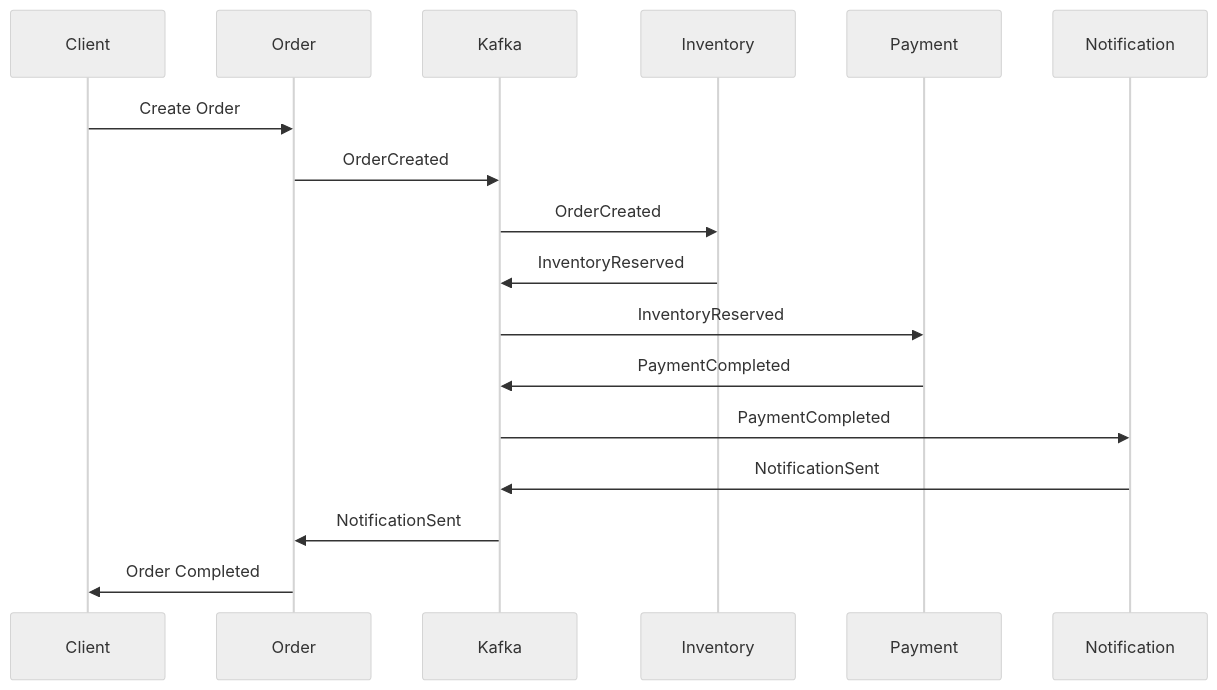
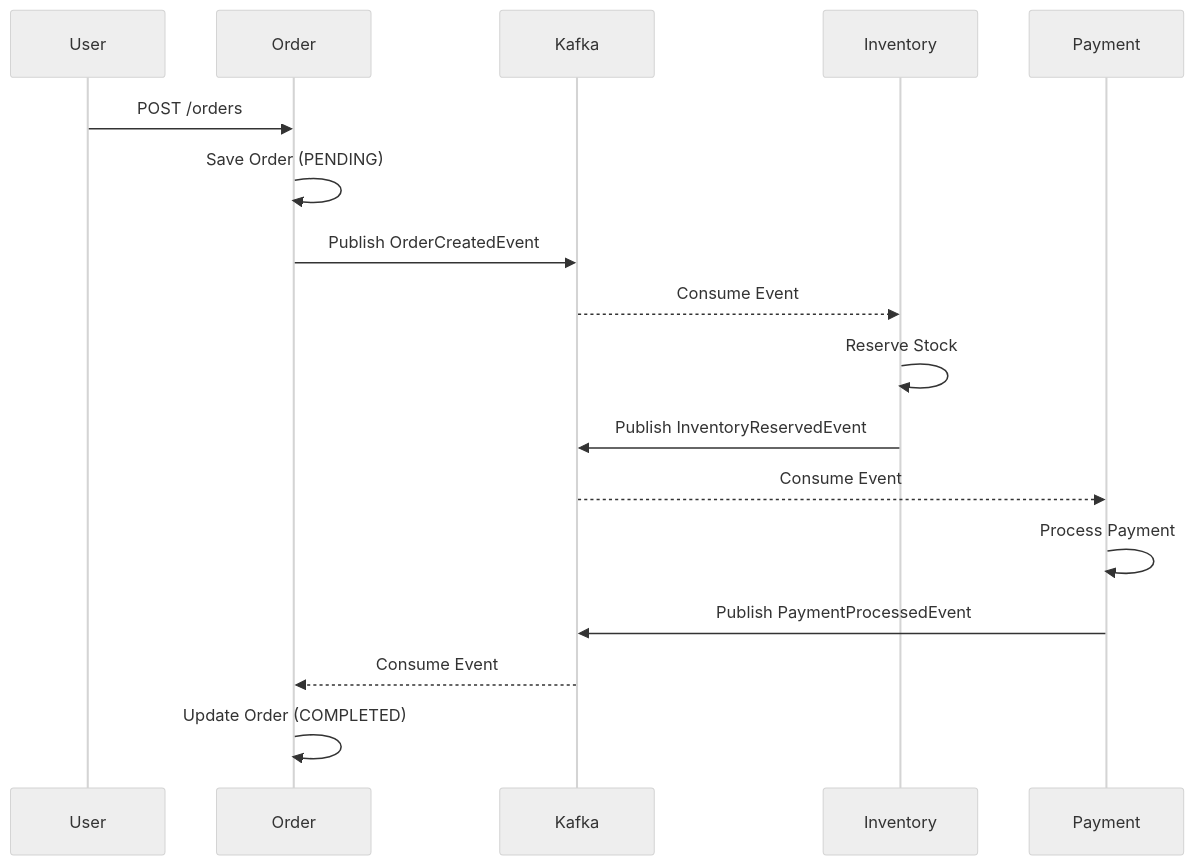
The fifth of 5 diagrams in README.md (galacticrider09/Production-Ready-Cloud-Native-E-Commerce-Platform-deployed-on-AWS), drawn with Mermaid (neutral theme) before and after one commit. The commit also changed other lines of this file, not shown here.

````diff
--- a/README.md
+++ b/README.md
@@ -428,35 +166,20 @@
 ```mermaid
 sequenceDiagram
-
-participant Client
-
-participant Order
-
-participant Kafka
-
-participant Inventory
-
-participant Payment
-
-participant Notification
-
-Client->>Order: Create Order
-
-Order->>Kafka: OrderCreated
-
-Kafka->>Inventory: OrderCreated
-
-Inventory->>Kafka: InventoryReserved
-
-Kafka->>Payment: InventoryReserved
-
-Payment->>Kafka: PaymentCompleted
-
-Kafka->>Notification: PaymentCompleted
-
-Notification->>Kafka: NotificationSent
-
-Kafka->>Order: NotificationSent
-
-Order->>Client: Order Completed
+    participant User
+    participant Order
+    participant Kafka
+    participant Inventory
+    participant Payment
+    
+    User->>Order: POST /orders
+    Order->>Order: Save Order (PENDING)
+    Order->>Kafka: Publish OrderCreatedEvent
+    Kafka-->>Inventory: Consume Event
+    Inventory->>Inventory: Reserve Stock
+    Inventory->>Kafka: Publish InventoryReservedEvent
+    Kafka-->>Payment: Consume Event
+    Payment->>Payment: Process Payment
+    Payment->>Kafka: Publish PaymentProcessedEvent
+    Kafka-->>Order: Consume Event
+    Order->>Order: Update Order (COMPLETED)
 ```
````
